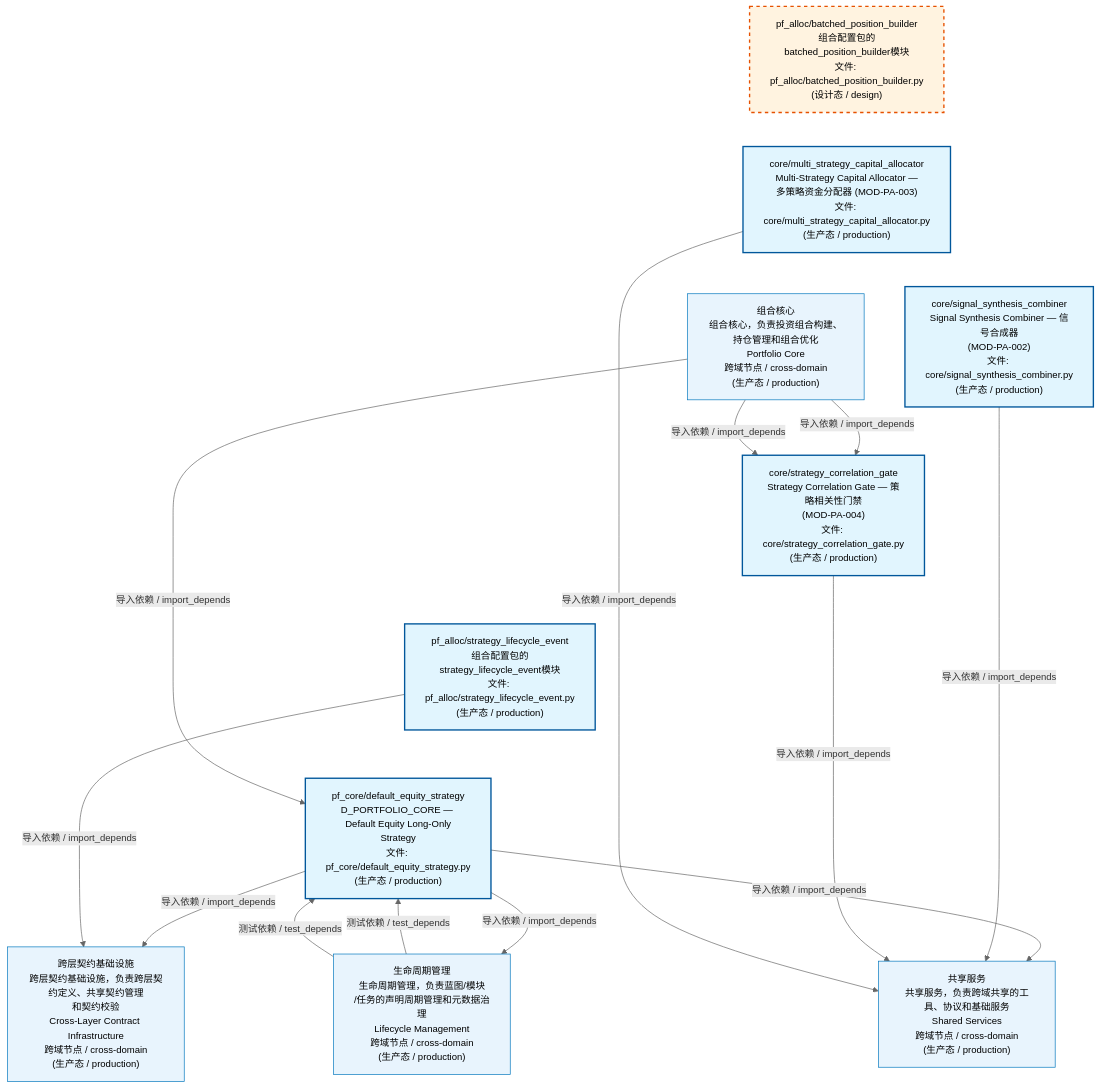
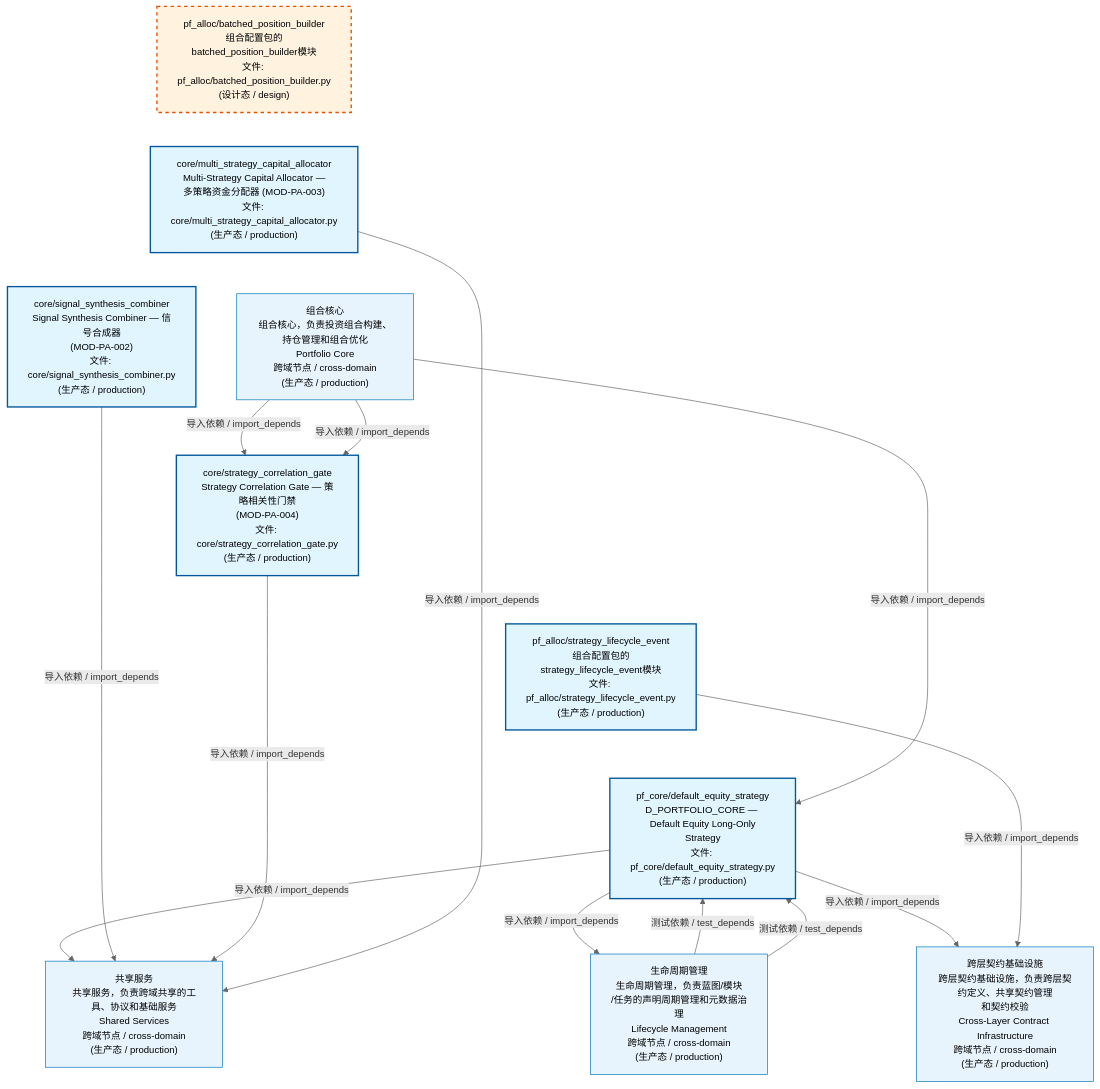
Before and after one commit to xuanFelixVan/ZephyrAlpha: the first of 4 diagrams in docs/02_enterprise_architecture/02_domain_architecture_docs/62_d_pf_alloc.md, drawn with Mermaid. The commit also changed 51 other files, not shown here.

````diff
--- a/docs/02_enterprise_architecture/02_domain_architecture_docs/62_d_pf_alloc.md
+++ b/docs/02_enterprise_architecture/02_domain_architecture_docs/62_d_pf_alloc.md
@@ -53,38 +53,38 @@
 ```mermaid
 %%{init: {'theme': 'base', 'themeVariables': {'primaryColor': '#eaeaea', 'primaryTextColor': '#333333', 'primaryBorderColor': '#666666', 'lineColor': '#666666', 'secondaryColor': '#eaeaea', 'tertiaryColor': '#eaeaea', 'fontSize': '14px'}}}%%
 flowchart TD
     src_zephyr_pf_alloc_batched_position_builder_py["pf_alloc/batched_position_builder<br/>组合配置包的batched_position_builder模块<br/>文件: pf_alloc/batched_position_builder.py<br/>(设计态 / design)"]
     src_zephyr_pf_alloc_core_multi_strategy_capital_allocator_py["core/multi_strategy_capital_allocator<br/>Multi-Strategy Capital Allocator —<br/>多策略资金分配器 (MOD-PA-003)<br/>文件: core/multi_strategy_capital_allocator.py<br/>(生产态 / production)"]
     src_zephyr_pf_alloc_core_signal_synthesis_combiner_py["core/signal_synthesis_combiner<br/>Signal Synthesis Combiner — 信号合成器<br/>(MOD-PA-002)<br/>文件: core/signal_synthesis_combiner.py<br/>(生产态 / production)"]
     src_zephyr_pf_alloc_core_strategy_correlation_gate_py["core/strategy_correlation_gate<br/>Strategy Correlation Gate — 策略相关性门禁<br/>(MOD-PA-004)<br/>文件: core/strategy_correlation_gate.py<br/>(生产态 / production)"]
     src_zephyr_pf_alloc_strategy_lifecycle_event_py["pf_alloc/strategy_lifecycle_event<br/>组合配置包的strategy_lifecycle_event模块<br/>文件: pf_alloc/strategy_lifecycle_event.py<br/>(生产态 / production)"]
     src_zephyr_pf_core_default_equity_strategy_py["pf_core/default_equity_strategy<br/>D_PORTFOLIO_CORE — Default Equity Long-Only<br/>Strategy<br/>文件: pf_core/default_equity_strategy.py<br/>(生产态 / production)"]
     src_zephyr_pf_alloc_batched_position_builder_py ~~~ src_zephyr_pf_alloc_core_multi_strategy_capital_allocator_py
     src_zephyr_pf_alloc_core_multi_strategy_capital_allocator_py ~~~ src_zephyr_pf_alloc_core_signal_synthesis_combiner_py
     src_zephyr_pf_alloc_core_signal_synthesis_combiner_py ~~~ src_zephyr_pf_alloc_core_strategy_correlation_gate_py
     src_zephyr_pf_alloc_core_strategy_correlation_gate_py ~~~ src_zephyr_pf_alloc_strategy_lifecycle_event_py
     src_zephyr_pf_alloc_strategy_lifecycle_event_py ~~~ src_zephyr_pf_core_default_equity_strategy_py
-    D_GOVERNANCE["生命周期管理<br/>生命周期管理，负责蓝图/模块<br/>/任务的声明周期管理和元数据治理<br/>Lifecycle Management<br/>跨域节点 / cross-domain<br/>(生产态 / production)"]
-    src_zephyr_pf_core_default_equity_strategy_py -->|导入依赖 / import_depends| D_GOVERNANCE
     D_SHARED["共享服务<br/>共享服务，负责跨域共享的工具、协议和基础服务<br/>Shared Services<br/>跨域节点 / cross-domain<br/>(生产态 / production)"]
     src_zephyr_pf_core_default_equity_strategy_py -->|导入依赖 / import_depends| D_SHARED
     src_zephyr_pf_alloc_core_signal_synthesis_combiner_py -->|导入依赖 / import_depends| D_SHARED
+    D_GOVERNANCE["生命周期管理<br/>生命周期管理，负责蓝图/模块<br/>/任务的声明周期管理和元数据治理<br/>Lifecycle Management<br/>跨域节点 / cross-domain<br/>(生产态 / production)"]
+    src_zephyr_pf_core_default_equity_strategy_py -->|导入依赖 / import_depends| D_GOVERNANCE
     src_zephyr_pf_alloc_core_strategy_correlation_gate_py -->|导入依赖 / import_depends| D_SHARED
     src_zephyr_pf_alloc_core_multi_strategy_capital_allocator_py -->|导入依赖 / import_depends| D_SHARED
     D_INFRASTRUCTURE["跨层契约基础设施<br/>跨层契约基础设施，负责跨层契约定义、共享契约管理<br/>和契约校验<br/>Cross-Layer Contract Infrastructure<br/>跨域节点 / cross-domain<br/>(生产态 / production)"]
     src_zephyr_pf_core_default_equity_strategy_py -->|导入依赖 / import_depends| D_INFRASTRUCTURE
     src_zephyr_pf_alloc_strategy_lifecycle_event_py -->|导入依赖 / import_depends| D_INFRASTRUCTURE
     D_PF_CORE["组合核心<br/>组合核心，负责投资组合构建、持仓管理和组合优化<br/>Portfolio Core<br/>跨域节点 / cross-domain<br/>(生产态 / production)"]
     D_PF_CORE -->|导入依赖 / import_depends| src_zephyr_pf_alloc_core_strategy_correlation_gate_py
     D_GOVERNANCE -->|测试依赖 / test_depends| src_zephyr_pf_core_default_equity_strategy_py
     D_GOVERNANCE -->|测试依赖 / test_depends| src_zephyr_pf_core_default_equity_strategy_py
     D_PF_CORE -->|导入依赖 / import_depends| src_zephyr_pf_alloc_core_strategy_correlation_gate_py
     D_PF_CORE -->|导入依赖 / import_depends| src_zephyr_pf_core_default_equity_strategy_py
     classDef production fill:#e1f5fe,stroke:#01579b,stroke-width:2px,color:#000
     classDef design fill:#fff3e0,stroke:#e65100,stroke-width:2px,color:#000,stroke-dasharray: 5 5
     classDef external_prod fill:#e8f4fd,stroke:#0277bd,stroke-width:1px,color:#000
     classDef external_design fill:#fff8e7,stroke:#ef6c00,stroke-width:1px,color:#000,stroke-dasharray: 5 5
     class src_zephyr_pf_alloc_core_multi_strategy_capital_allocator_py,src_zephyr_pf_alloc_core_signal_synthesis_combiner_py,src_zephyr_pf_alloc_core_strategy_correlation_gate_py,src_zephyr_pf_alloc_strategy_lifecycle_event_py,src_zephyr_pf_core_default_equity_strategy_py production
     class src_zephyr_pf_alloc_batched_position_builder_py design
-    class D_GOVERNANCE,D_SHARED,D_INFRASTRUCTURE,D_PF_CORE external_prod
+    class D_SHARED,D_GOVERNANCE,D_INFRASTRUCTURE,D_PF_CORE external_prod
 ```
````
